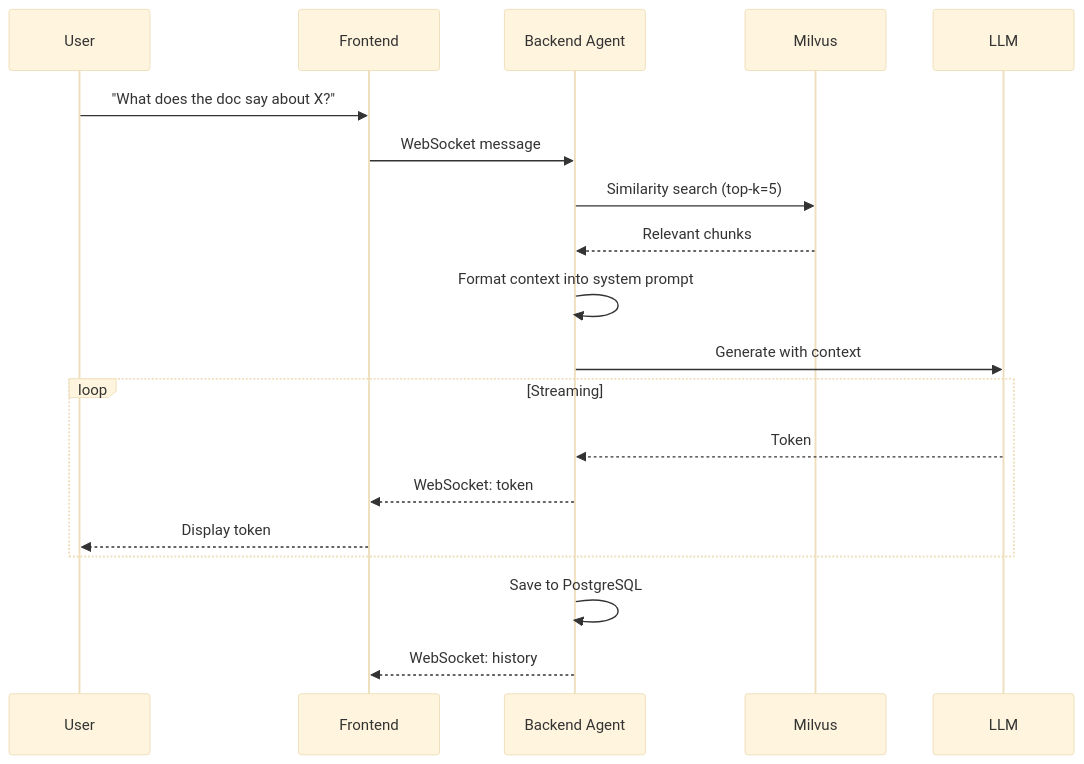
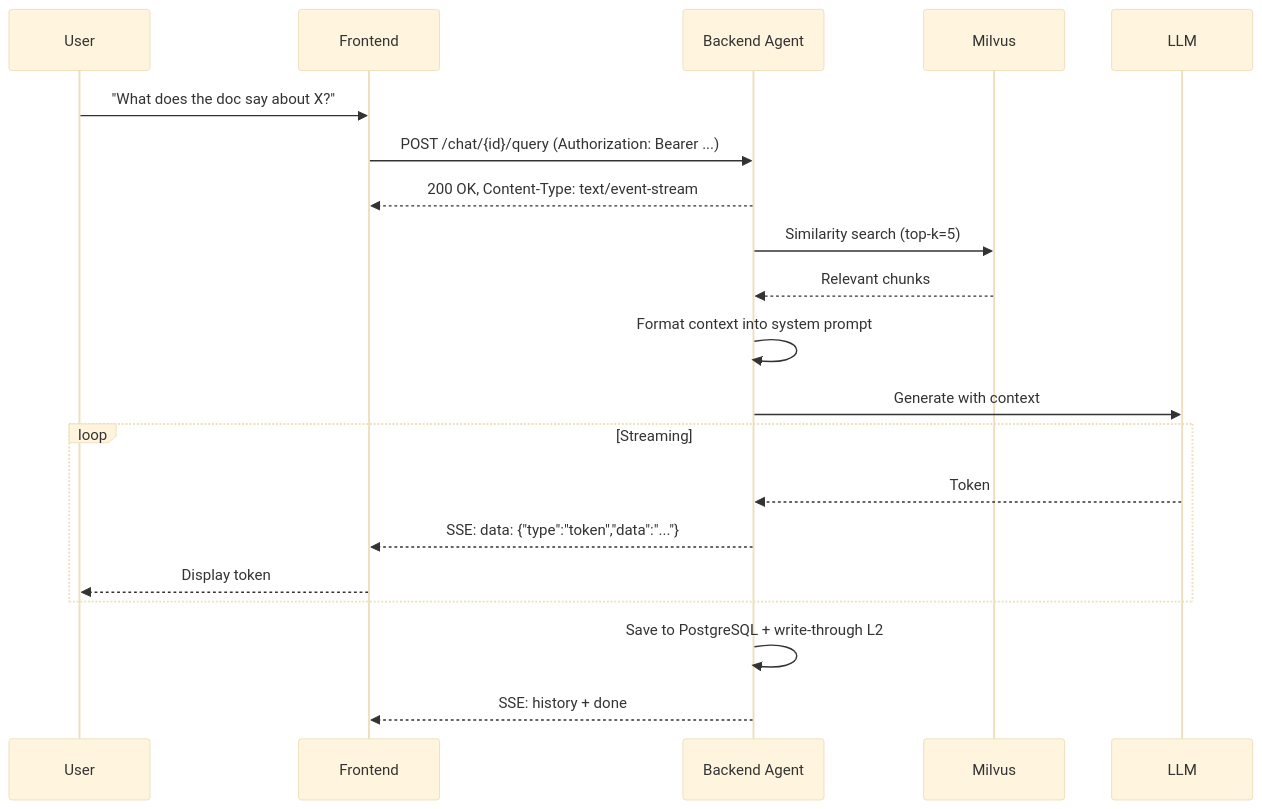
The third of 3 diagrams in README.md (devgig/rag-agent-chatbot), drawn with Mermaid (base theme) before and after one commit. The commit also changed other lines of this file and 17 other files, not shown here.

First line of the commit message:
Switch chat transport from WebSocket to SSE; add Redis L2 cache

````diff
--- a/README.md
+++ b/README.md
@@ -107,26 +109,27 @@
 ```mermaid
 sequenceDiagram
     participant User
     participant Frontend
     participant Backend as Backend Agent
     participant Milvus
     participant LLM
 
     User->>Frontend: "What does the doc say about X?"
-    Frontend->>Backend: WebSocket message
+    Frontend->>Backend: POST /chat/{id}/query (Authorization: Bearer ...)
+    Backend-->>Frontend: 200 OK, Content-Type: text/event-stream
 
     Backend->>Milvus: Similarity search (top-k=5)
     Milvus-->>Backend: Relevant chunks
 
     Backend->>Backend: Format context into system prompt
     Backend->>LLM: Generate with context
 
     loop Streaming
         LLM-->>Backend: Token
-        Backend-->>Frontend: WebSocket: token
+        Backend-->>Frontend: SSE: data: {"type":"token","data":"..."}
         Frontend-->>User: Display token
     end
 
-    Backend->>Backend: Save to PostgreSQL
-    Backend-->>Frontend: WebSocket: history
+    Backend->>Backend: Save to PostgreSQL + write-through L2
+    Backend-->>Frontend: SSE: history + done
 ```
````
